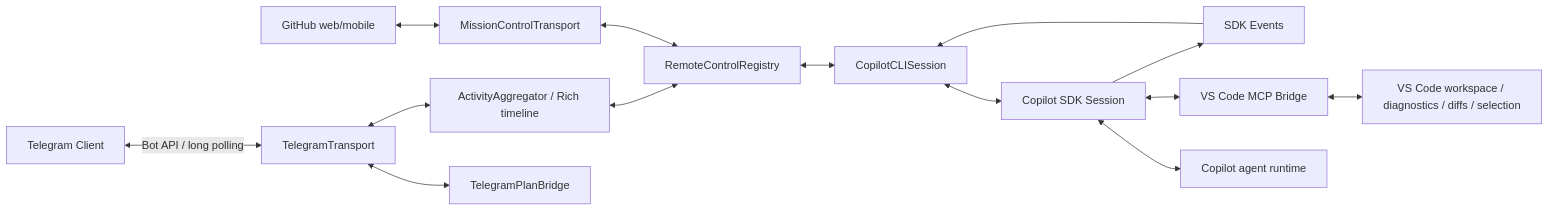
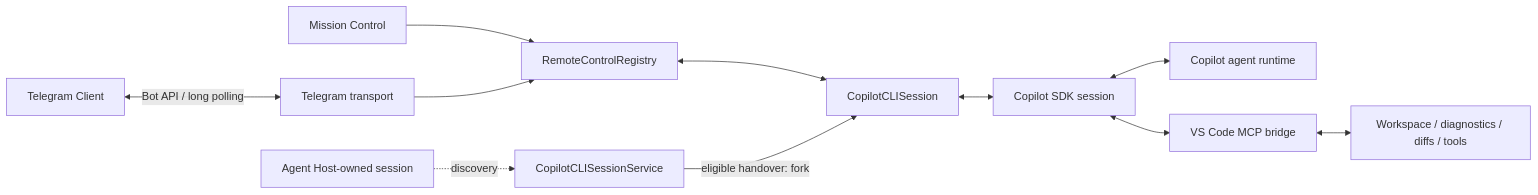
One commit to SachiHarshitha/vscode-telegram changed the diagram in extensions/copilot/docs/telegram-remote/README.md. Above: the diagram before and after it, drawn with Mermaid. The commit also changed other lines of this file, not shown here.

Commit message:
docs(telegram-remote): clarify current architecture and Agent Host handover

````diff
--- a/extensions/copilot/docs/telegram-remote/README.md
+++ b/extensions/copilot/docs/telegram-remote/README.md
@@ -55,16 +58,15 @@
 ```mermaid
 flowchart LR
-    TG[Telegram Client] <-->|Bot API / long polling| TA[TelegramTransport]
-    GH[GitHub web/mobile] <--> MC[MissionControlTransport]
-    TA <--> TL[ActivityAggregator / Rich timeline]
-    TA <--> PB[TelegramPlanBridge]
-    TL <--> RC[RemoteControlRegistry]
-    MC <--> RC
+    TG[Telegram Client] <-->|Bot API / long polling| T[Telegram transport]
+    MC[Mission Control] --> RC[RemoteControlRegistry]
+    T --> RC
+
     RC <--> CS[CopilotCLISession]
-    CS <--> S[Copilot SDK Session]
-    S --> EV[SDK Events]
-    EV --> CS
-    S <--> MCP[VS Code MCP Bridge]
-    MCP <--> IDE[VS Code workspace / diagnostics / diffs / selection]
-    S <--> AGENT[Copilot agent runtime]
+    CS <--> SDK[Copilot SDK session]
+    SDK <--> AG[Copilot agent runtime]
+    SDK <--> MCP[VS Code MCP bridge]
+    MCP <--> IDE[Workspace / diagnostics / diffs / tools]
+
+    AH[Agent Host-owned session] -. discovery .-> SS[CopilotCLISessionService]
+    SS -->|eligible handover: fork| CS
 ```
````
